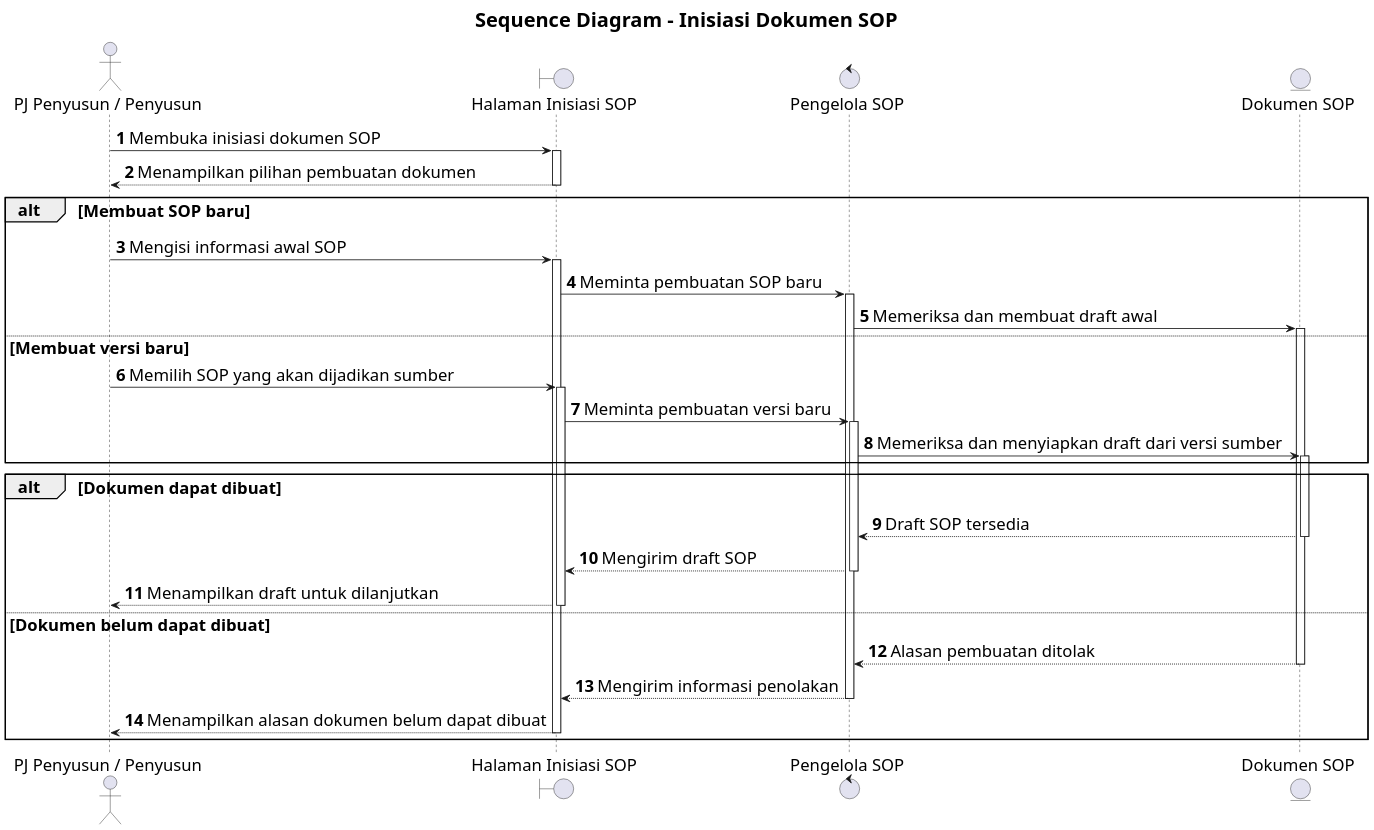
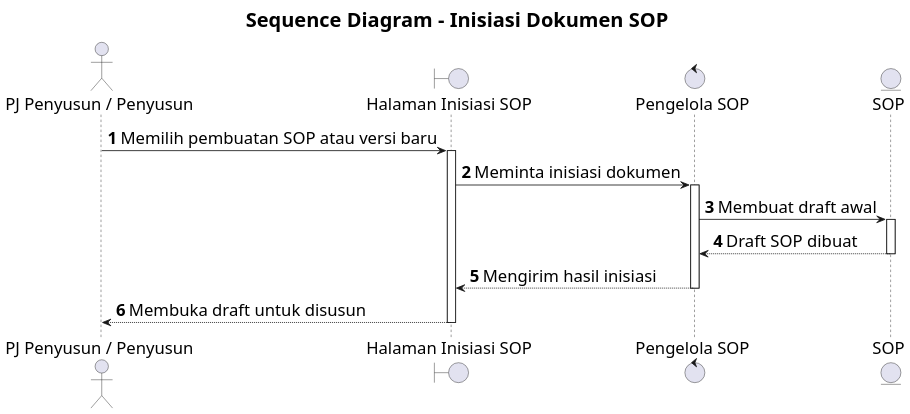
One commit to howlil/sop-generate-app changed the diagram in docs/sequence/lampiran/pj-penyusun-penyusun-inisiasi-dokumen-sop.md. Above: the diagram before and after it, drawn with PlantUML. The commit also changed other lines of this file and 20 other files, not shown here.

Commit message:
docs(sequence): simplify interaction detail across use cases

````diff
--- a/docs/sequence/lampiran/pj-penyusun-penyusun-inisiasi-dokumen-sop.md
+++ b/docs/sequence/lampiran/pj-penyusun-penyusun-inisiasi-dokumen-sop.md
@@ -16,40 +16,24 @@
 ```plantuml
 @startuml
 skinparam defaultFontSize 20
 skinparam titleFontSize 24
 skinparam dpi 160
 
 title Sequence Diagram - Inisiasi Dokumen SOP
 autonumber
 autoactivate on
 
 actor "PJ Penyusun / Penyusun" as A
 boundary "Halaman Inisiasi SOP" as B
 control "Pengelola SOP" as C
-entity "Dokumen SOP" as D
+entity "SOP" as D
 
-A -> B : Membuka inisiasi dokumen SOP
-B --> A : Menampilkan pilihan pembuatan dokumen
-
-alt Membuat SOP baru
-  A -> B : Mengisi informasi awal SOP
-  B -> C : Meminta pembuatan SOP baru
-  C -> D : Memeriksa dan membuat draft awal
-else Membuat versi baru
-  A -> B : Memilih SOP yang akan dijadikan sumber
-  B -> C : Meminta pembuatan versi baru
-  C -> D : Memeriksa dan menyiapkan draft dari versi sumber
-end
-
-alt Dokumen dapat dibuat
-  D --> C : Draft SOP tersedia
-  C --> B : Mengirim draft SOP
-  B --> A : Menampilkan draft untuk dilanjutkan
-else Dokumen belum dapat dibuat
-  D --> C : Alasan pembuatan ditolak
-  C --> B : Mengirim informasi penolakan
-  B --> A : Menampilkan alasan dokumen belum dapat dibuat
-end
+A -> B : Memilih pembuatan SOP atau versi baru
+B -> C : Meminta inisiasi dokumen
+C -> D : Membuat draft awal
+D --> C : Draft SOP dibuat
+C --> B : Mengirim hasil inisiasi
+B --> A : Membuka draft untuk disusun
 
 @enduml
 ```
````
